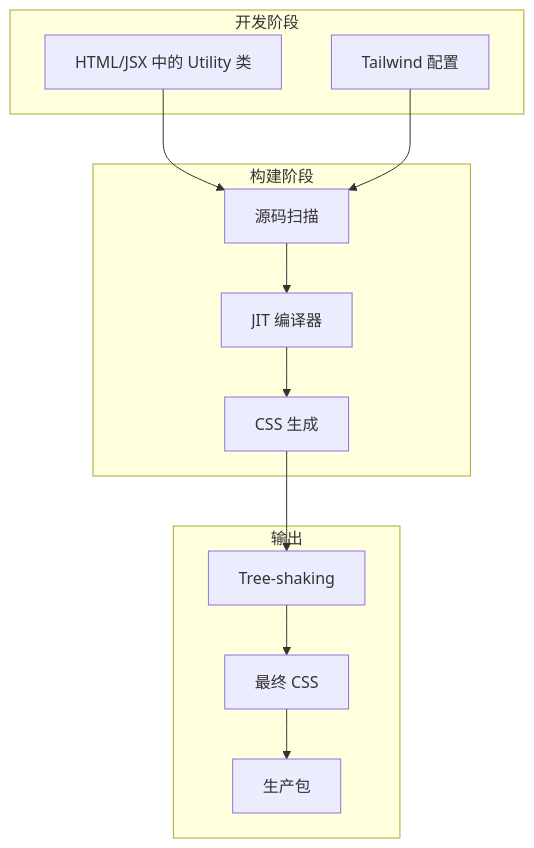
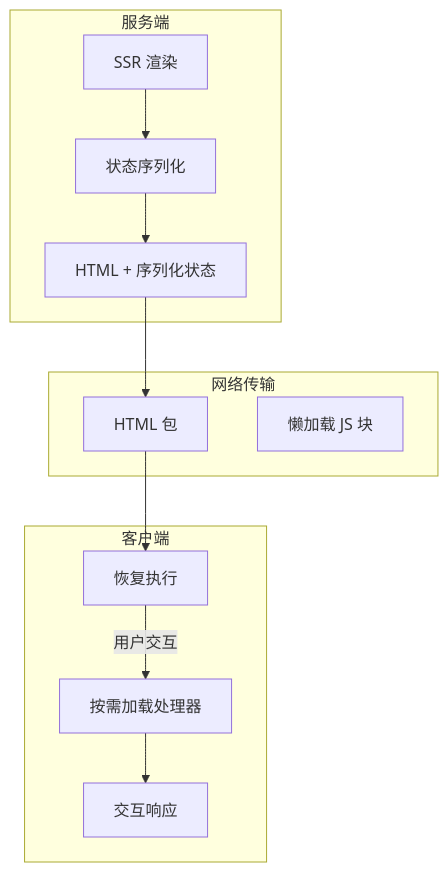
The ninth of 21 diagrams in docs/open-source/trending.md (Shyu-x/frontend-interview), drawn with Mermaid before and after one commit. The commit also changed other lines of this file, not shown here.

````diff
--- a/docs/open-source/trending.md
+++ b/docs/open-source/trending.md
@@ -1793,25 +1878,24 @@
 ```mermaid
 flowchart TB
-    subgraph 开发["开发阶段"]
-        HT[HTML/JSX 中的 Utility 类]
-        CONFIG[Tailwind 配置]
+    subgraph 服务端["服务端"]
+        SSR[SSR 渲染]
+        SER[状态序列化]
+        HTML[HTML + 序列化状态]
     end
 
-    subgraph 构建["构建阶段"]
-        JIT[JIT 编译器]
-        SCAN[源码扫描]
-        GEN[CSS 生成]
+    subgraph 网络["网络传输"]
+        PACK[HTML 包]
+        JS[懒加载 JS 块]
     end
 
-    subgraph 输出["输出"]
-        PURGE[Tree-shaking]
-        FINAL[最终 CSS]
-        PROD[生产包]
+    subgraph 客户端["客户端"]
+        RES[恢复执行]
+        LAZY[按需加载处理器]
+        INTERACT[交互响应]
     end
 
-    HT & CONFIG --> SCAN
-    SCAN --> JIT
-    JIT --> GEN
-    GEN --> PURGE --> FINAL
-    FINAL --> PROD
+    SSR --> SER --> HTML
+    HTML --> PACK
+    PACK --> RES
+    RES -->|用户交互| LAZY --> INTERACT
 ```
````
